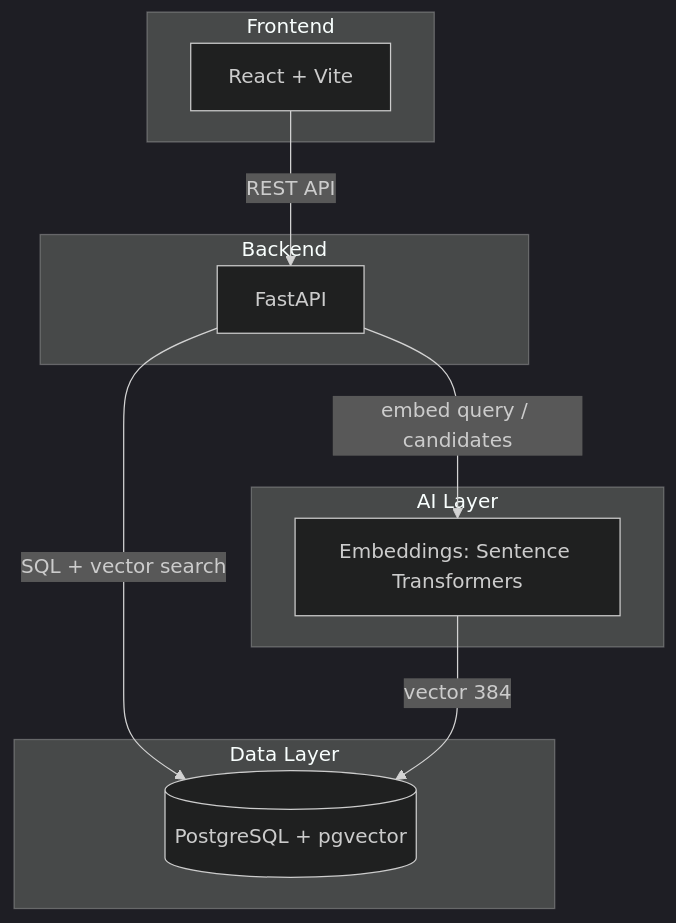
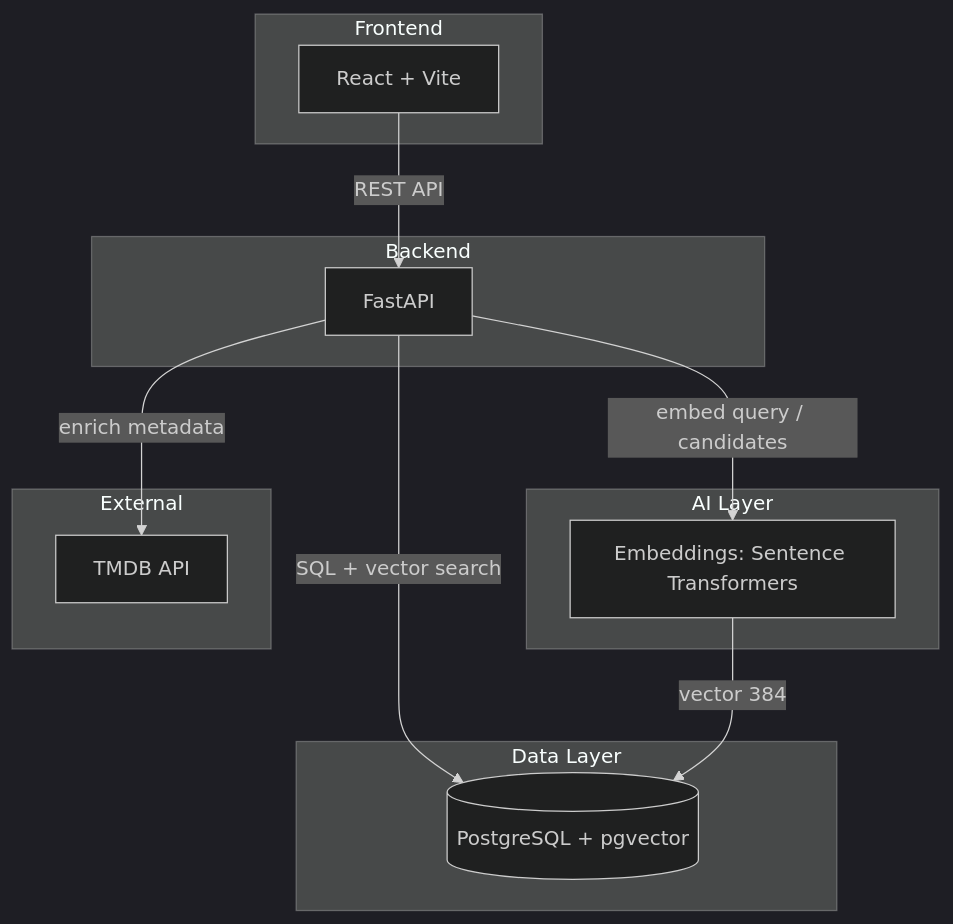
The diagram in README.md (prielhoffman/moodflix), drawn with Mermaid (dark theme) before and after one commit. The commit also changed other lines of this file and 4 other files, not shown here.

````diff
--- a/README.md
+++ b/README.md
@@ -20,23 +36,28 @@
 ```mermaid
 flowchart TB
     subgraph Frontend [Frontend]
         React[React + Vite]
     end
 
     subgraph Backend [Backend]
         FastAPI[FastAPI]
     end
 
     subgraph Data [Data Layer]
         Postgres[(PostgreSQL + pgvector)]
     end
 
     subgraph AI [AI Layer]
         Embed[Embeddings: Sentence Transformers]
     end
 
+    subgraph External [External]
+        TMDB[TMDB API]
+    end
+
     React -->|REST API| FastAPI
     FastAPI -->|SQL + vector search| Postgres
     FastAPI -->|embed query / candidates| Embed
     Embed -->|vector 384| Postgres
+    FastAPI -->|enrich metadata| TMDB
 ```
````
